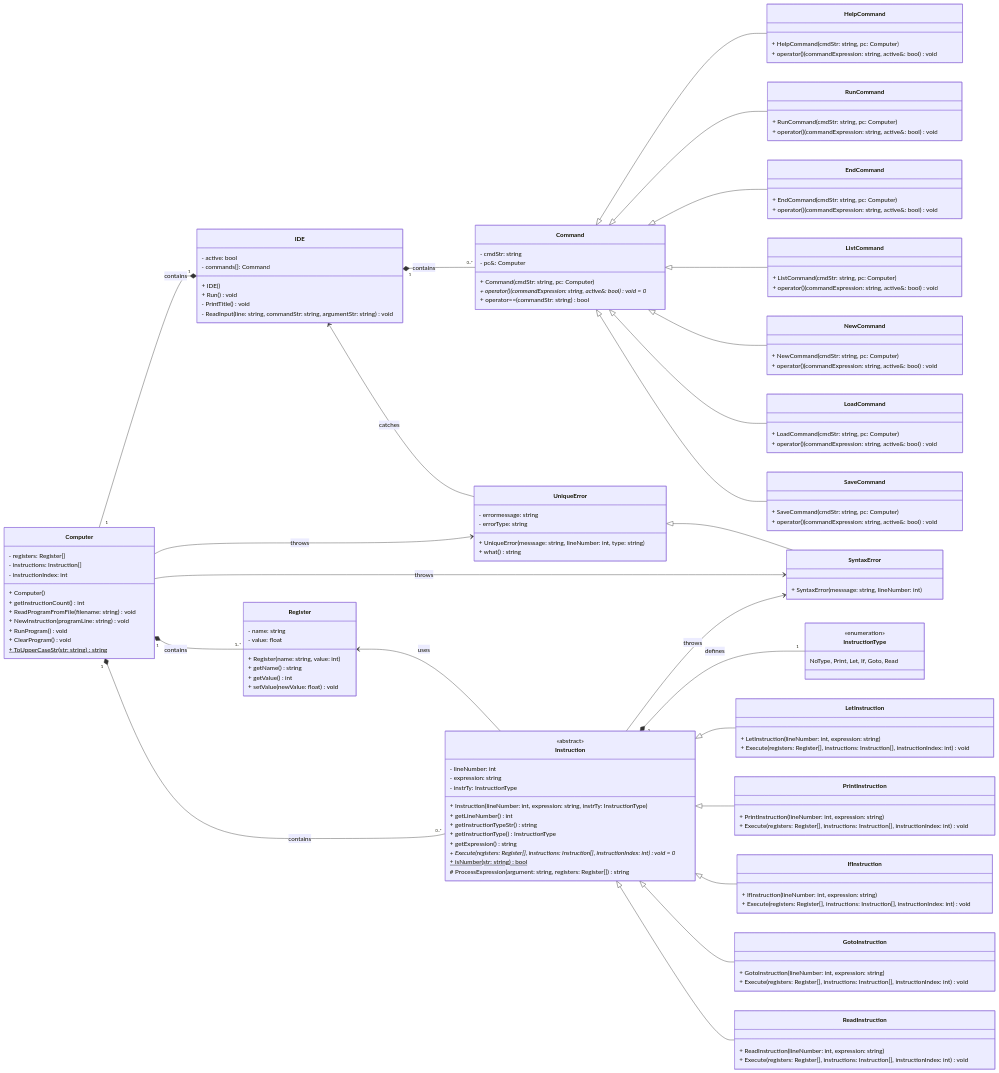
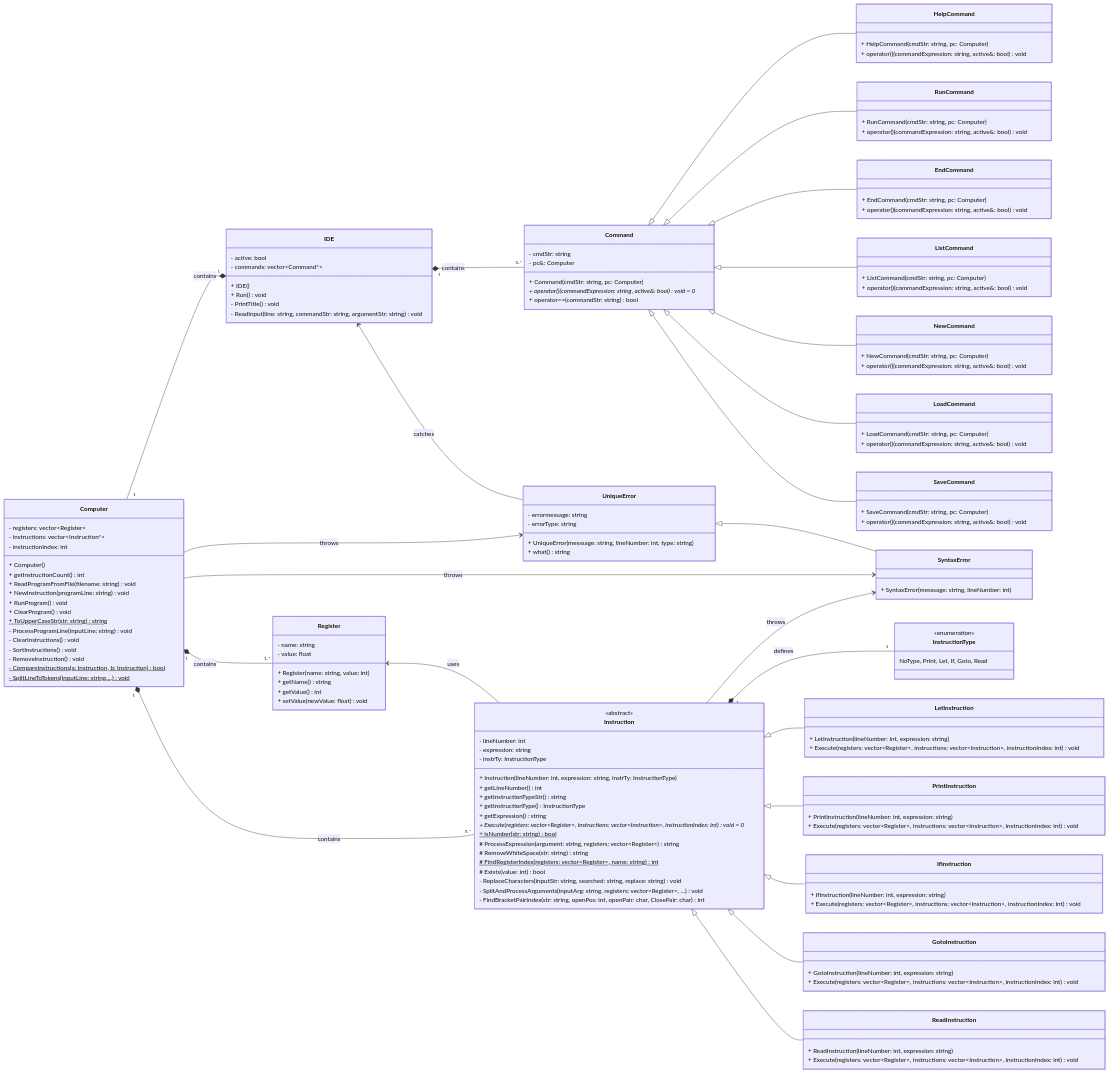
Before and after one commit to Spyro1/Basic-Lite-Interpreter: the sixth of 6 diagrams in Documentation/DevDoc.md, drawn with Mermaid. The commit also changed other lines of this file and 1 other file, not shown here.

```diff
--- a/Documentation/DevDoc.md
+++ b/Documentation/DevDoc.md
@@ -366,15 +437,15 @@
     direction LR
     class IDE{
         - active: bool
-        - commands[]: Command
+        - commands: vector~Command*~
         + IDE()
         + Run() void
         - PrintTitle() void
         - ReadInput(line: string, commandStr: string, argumentStr: string) void
     }
     class Computer {
-        - registers: Register[]
-        - instructions: Instruction[]
+        - registers: vector~Register~
+        - instructions: vector~Instruction*~
         - instructionIndex: int
         + Computer()
         + getInstructionCount() int
@@ -383,12 +454,13 @@
         + RunProgram() void
         + ClearProgram() void
         + ToUpperCaseStr(str: string) string$
-%%        - ProcessProgramLine(inputLine: string) void
-%%        - ClearInstructions() void
-%%        - SortInstructions() void
-%%        - RemoveInstruction() void
-%%        - CompareInstructions(a: Instruction, b: Instruction) bool$
-%%        - SplitLineToTokens(inputLine: string,lineNumber: int,command: string, expression: string) void$
+        - ProcessProgramLine(inputLine: string) void
+        - ClearInstructions() void
+        - SortInstructions() void
+        - RemoveInstruction() void
+        - CompareInstructions(a: Instruction, b: Instruction) bool$
+        - SplitLineToTokens(inputLine: string,...) void$
+%%        - SplitLineToTokens(inputLine: string, lineNumber: int, command: string, expression: string) void$
     }    
     class Register{
         - name: string
@@ -412,29 +484,36 @@
         + getInstructionTypeStr() string
         + getInstructionType() InstructionType
         + getExpression() string
-        + Execute(registers: Register[], instructions: Instruction[], instructionIndex: int) void = 0*
+        + Execute(registers: vector~Register~, instructions: vector~Instruction~, instructionIndex: int) void = 0*
         + isNumber(str: string) bool$
-        # ProcessExpression(argument: string, registers: Register[]) string
+        # ProcessExpression(argument: string, registers: vector~Register~) string
+        # RemoveWhiteSpace(str: string) string
+        # FindRegisterIndex(registers: vector~Register~, name: string) int$
+        # Exists(value: int) bool
+        - ReplaceCharacters(inputStr: string, searched: string, replace: string) void
+        - SplitAndProcessArguments(inputArg: string, registers: vector~Register~, ...) void
+%%        - SplitAndProcessArguments(inputArg: string, registers: vector~Register~, operatorIndex: int, evaluatedArg1: float, evaluatedArg2: float, operatorChars: int) void
+        - FindBracketPairIndex(str: string, openPos: int, openPair: char, ClosePair: char) int
     }
     class LetInstruction{
         + LetInstruction(lineNumber: int, expression: string)
-        + Execute(registers: Register[], instructions: Instruction[], instructionIndex: int) void
+        + Execute(registers: vector~Register~, instructions: vector~Instruction~, instructionIndex: int) void
     }
     class PrintInstruction{
         + PrintInstruction(lineNumber: int, expression: string)
-        + Execute(registers: Register[], instructions: Instruction[], instructionIndex: int) void
+        + Execute(registers: vector~Register~, instructions: vector~Instruction~, instructionIndex: int) void
     }
     class GotoInstruction{
         + GotoInstruction(lineNumber: int, expression: string)
-        + Execute(registers: Register[], instructions: Instruction[], instructionIndex: int) void
+        + Execute(registers: vector~Register~, instructions: vector~Instruction~, instructionIndex: int) void
     }
     class IfInstruction{
         + IfInstruction(lineNumber: int, expression: string)
-        + Execute(registers: Register[], instructions: Instruction[], instructionIndex: int) void
+        + Execute(registers: vector~Register~, instructions: vector~Instruction~, instructionIndex: int) void
     }
     class ReadInstruction{
         + ReadInstruction(lineNumber: int, expression: string)
-        + Execute(registers: Register[], instructions: Instruction[], instructionIndex: int) void
+        + Execute(registers: vector~Register~, instructions: vector~Instruction~, instructionIndex: int) void
     }
     
     class Command{
```
